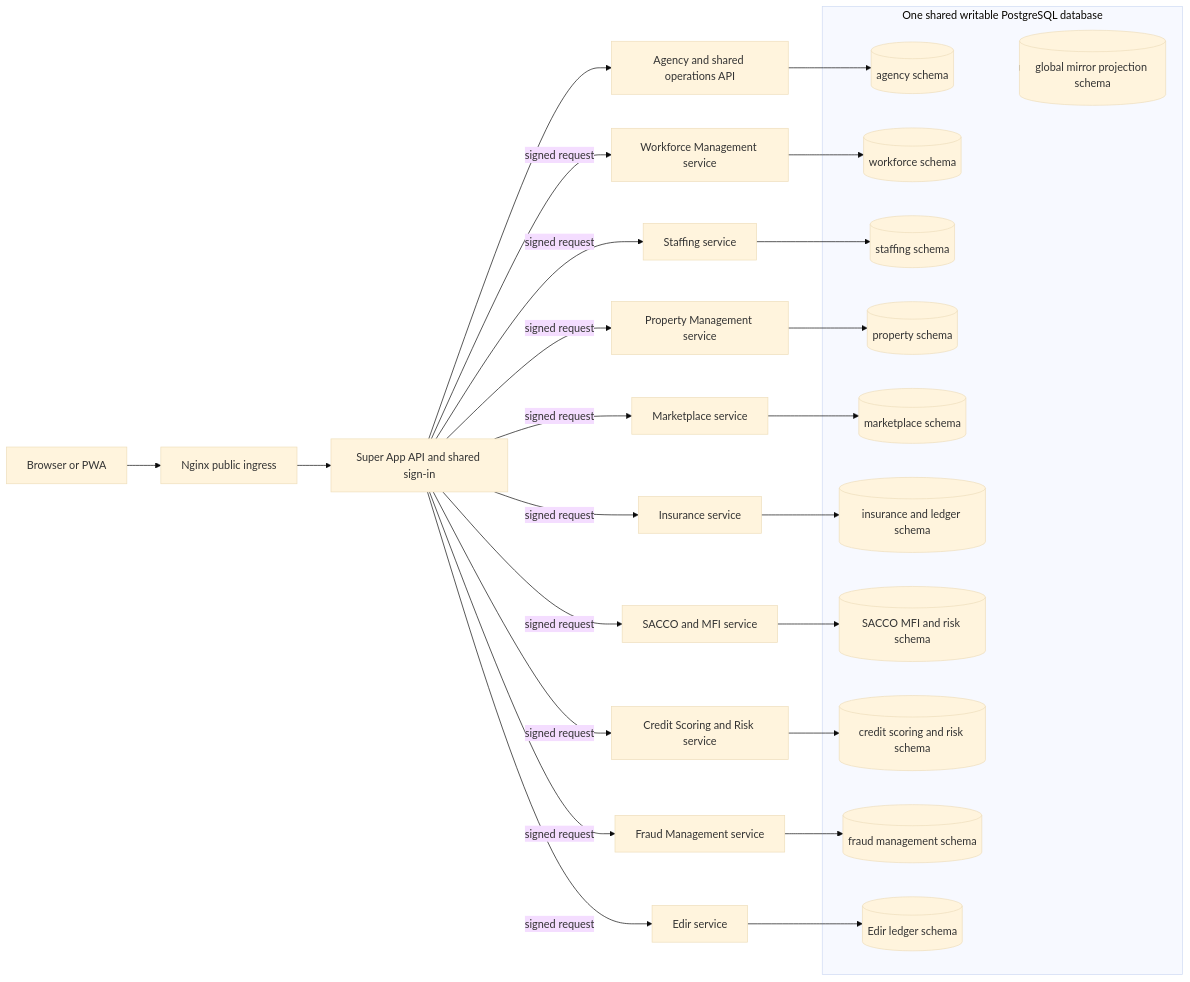
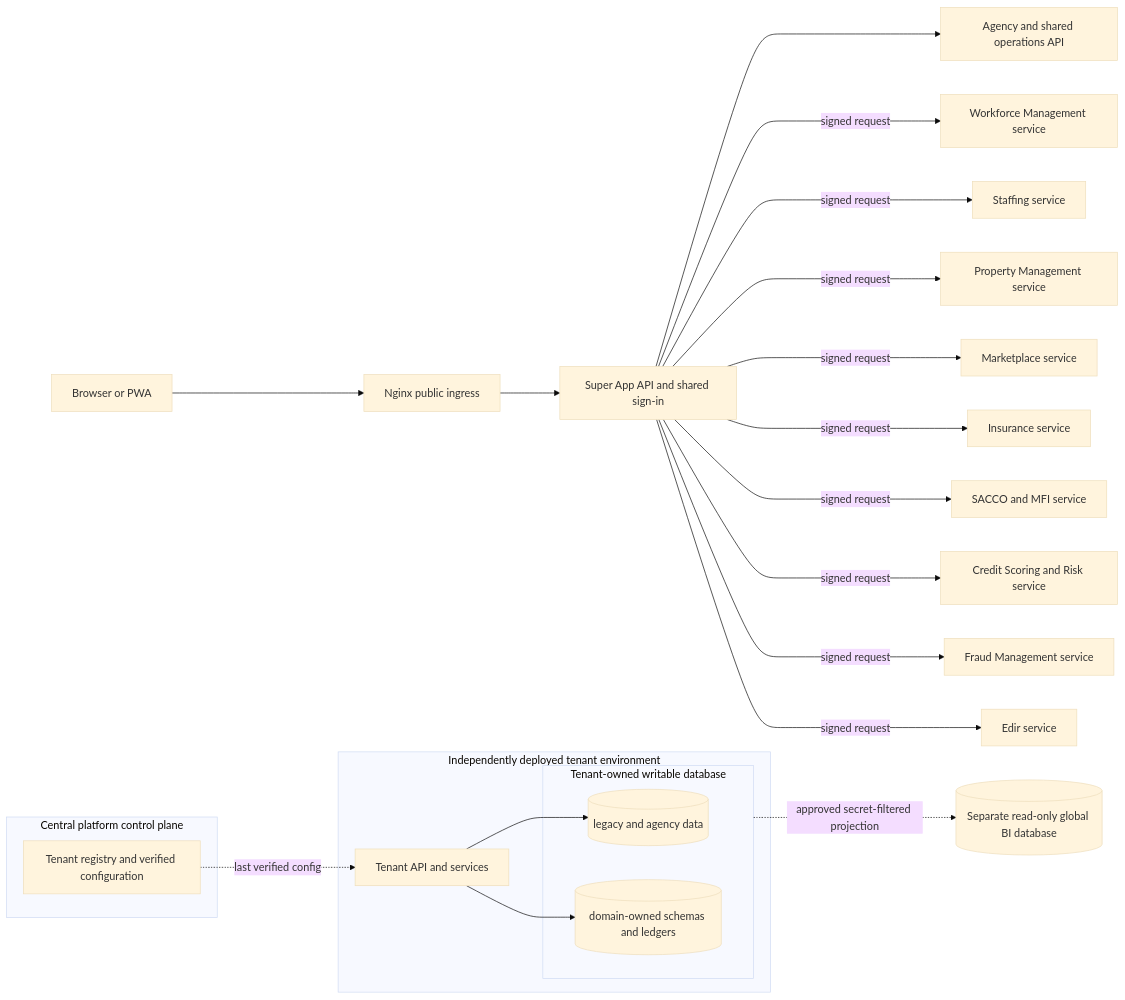
The diagram in afrolife/SERVICE_BOUNDARIES.md (ethiolifeenterpriseplc-ai/AfroLife_Agency), drawn with Mermaid (base theme) before and after one commit. The commit also changed other lines of this file and 7 other files, not shown here.

First line of the commit message:
Add Global Admin tenant control plane

````diff
--- a/afrolife/SERVICE_BOUNDARIES.md
+++ b/afrolife/SERVICE_BOUNDARIES.md
@@ -142,39 +147,29 @@
 ```mermaid
 flowchart LR
   User[Browser or PWA] --> Edge[Nginx public ingress]
   Edge --> Shell[Super App API and shared sign-in]
   Shell --> Agency[Agency and shared operations API]
   Shell -->|signed request| Workers[Workforce Management service]
   Shell -->|signed request| Staffing[Staffing service]
   Shell -->|signed request| Property[Property Management service]
   Shell -->|signed request| Market[Marketplace service]
   Shell -->|signed request| Insurance[Insurance service]
   Shell -->|signed request| MFI[SACCO and MFI service]
   Shell -->|signed request| CreditRisk[Credit Scoring and Risk service]
   Shell -->|signed request| Fraud[Fraud Management service]
   Shell -->|signed request| Edir[Edir service]
-  subgraph SharedDB[One shared writable PostgreSQL database]
-    AgencySchema[(agency schema)]
-    WorkforceSchema[(workforce schema)]
-    StaffingSchema[(staffing schema)]
-    PropertySchema[(property schema)]
-    MarketplaceSchema[(marketplace schema)]
-    InsuranceSchema[(insurance and ledger schema)]
-    MfiSchema[(SACCO MFI and risk schema)]
-    CreditRiskSchema[(credit scoring and risk schema)]
-    FraudSchema[(fraud management schema)]
-    EdirSchema[(Edir ledger schema)]
-    MirrorSchema[(global mirror projection schema)]
+  subgraph Tenant[Independently deployed tenant environment]
+    TenantAPI[Tenant API and services]
+    subgraph TenantDB[Tenant-owned writable database]
+      AgencySchema[(legacy and agency data)]
+      DomainSchemas[(domain-owned schemas and ledgers)]
+    end
+    TenantAPI --> AgencySchema
+    TenantAPI --> DomainSchemas
   end
-  Agency --> AgencySchema
-  Workers --> WorkforceSchema
-  Staffing --> StaffingSchema
-  Property --> PropertySchema
-  Market --> MarketplaceSchema
-  Insurance --> InsuranceSchema
-  MFI --> MfiSchema
-  CreditRisk --> CreditRiskSchema
-  Fraud --> FraudSchema
-  Edir --> EdirSchema
-  SharedDB --> MirrorSchema
+  subgraph ControlPlane[Central platform control plane]
+    Registry[Tenant registry and verified configuration]
+  end
+  Registry -. last verified config .-> TenantAPI
+  TenantDB -. approved secret-filtered projection .-> BI[(Separate read-only global BI database)]
 ```
````
